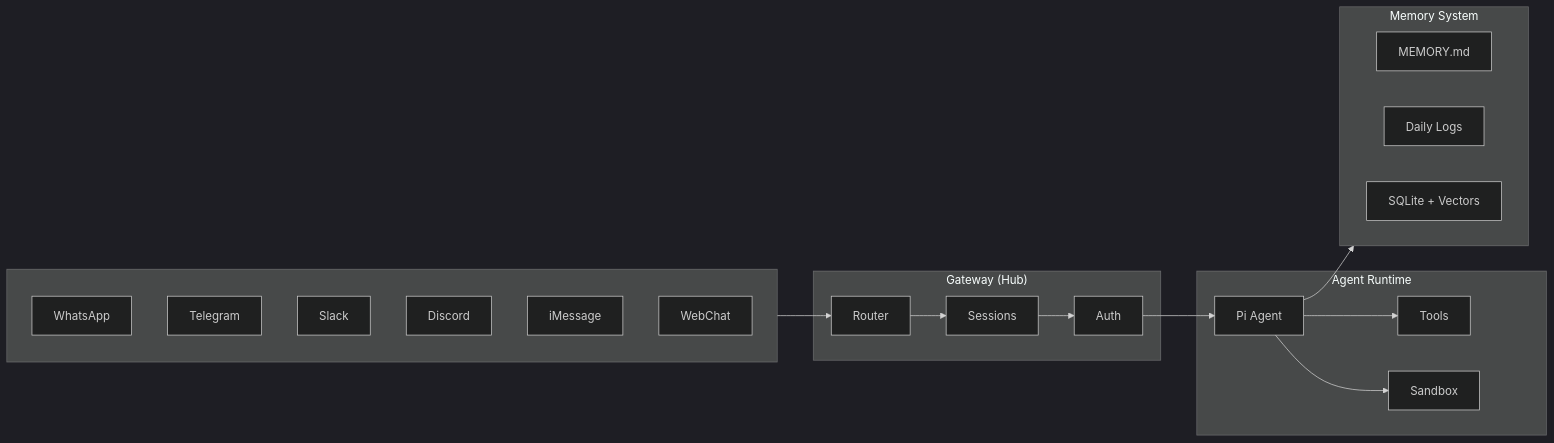
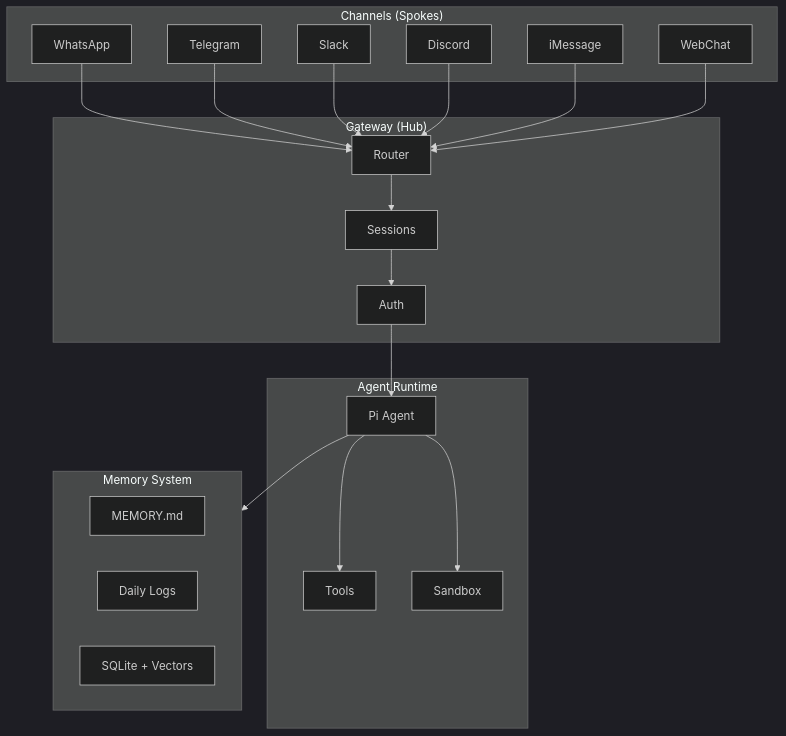
The first of 9 diagrams in _posts/2026-02-27-self-evolving-ai-assistant.md (cynthialmy/cynthialmy.github.io), drawn with Mermaid (dark theme) before and after one commit.

````diff
--- a/_posts/2026-02-27-self-evolving-ai-assistant.md
+++ b/_posts/2026-02-27-self-evolving-ai-assistant.md
@@ -32,35 +32,36 @@
 ```mermaid
-flowchart LR
-    subgraph Channels [" "]
-        direction TB
+flowchart TB
+    subgraph Channels ["Channels (Spokes)"]
         WA["WhatsApp"]
         TG["Telegram"]
         SL["Slack"]
         DC["Discord"]
         IM["iMessage"]
         WC["WebChat"]
     end
 
-    Channels --> Router
+    WA & TG & SL & DC & IM & WC --> Router
 
     subgraph GW ["Gateway (Hub)"]
-        Router["Router"] --> Sessions["Sessions"] --> Auth["Auth"]
+        Router["Router"]
+        Sessions["Sessions"]
+        Auth["Auth"]
+        Router --> Sessions --> Auth
     end
 
     Auth --> Core
 
     subgraph Agent ["Agent Runtime"]
         Core["Pi Agent"]
         Core --> Tools["Tools"]
         Core --> Sandbox["Sandbox"]
     end
 
     Core --> Memory
 
     subgraph Memory ["Memory System"]
-        direction LR
         MD["MEMORY.md"]
         Logs["Daily Logs"]
         DB["SQLite + Vectors"]
     end
 ```
````
